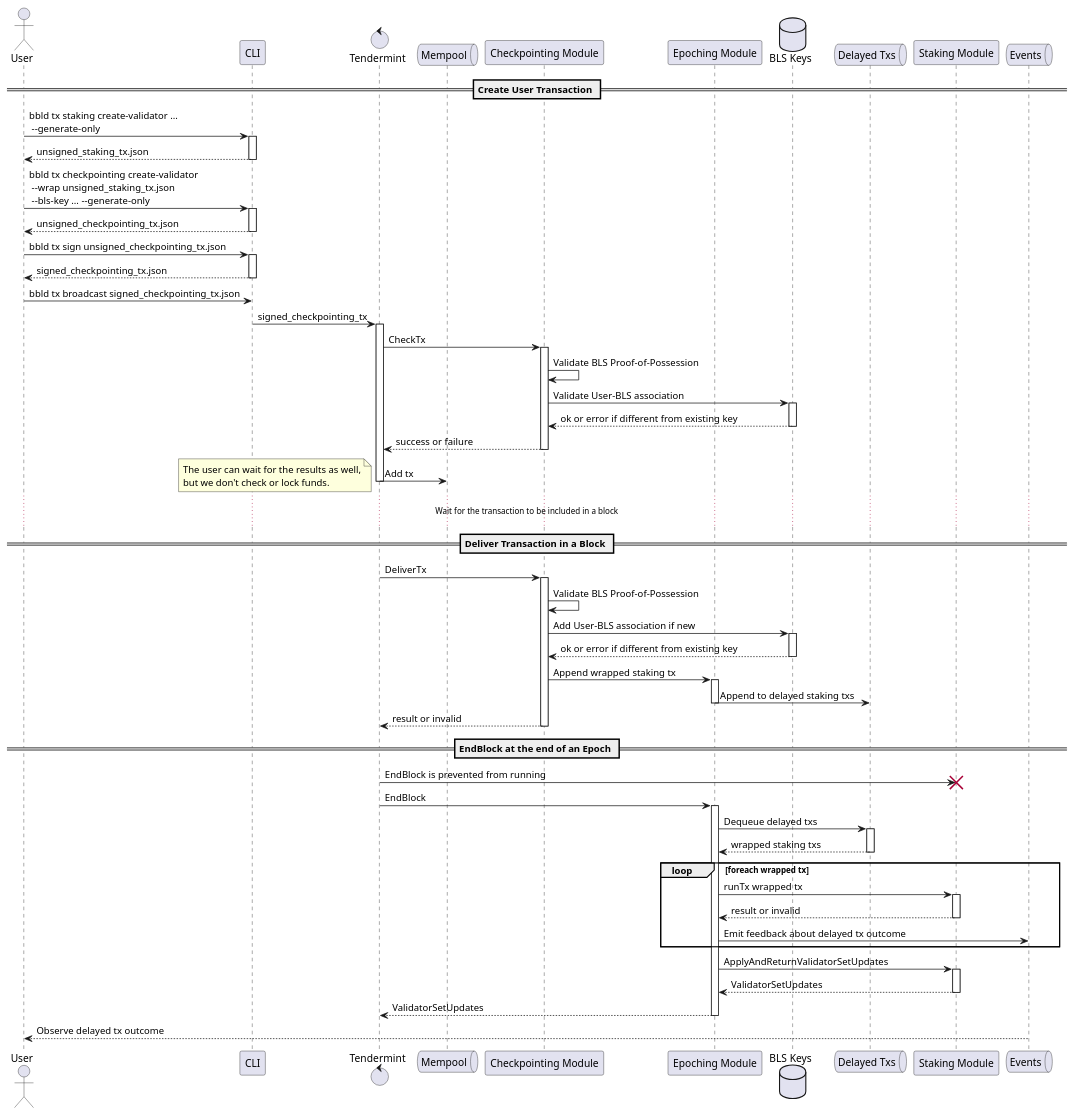
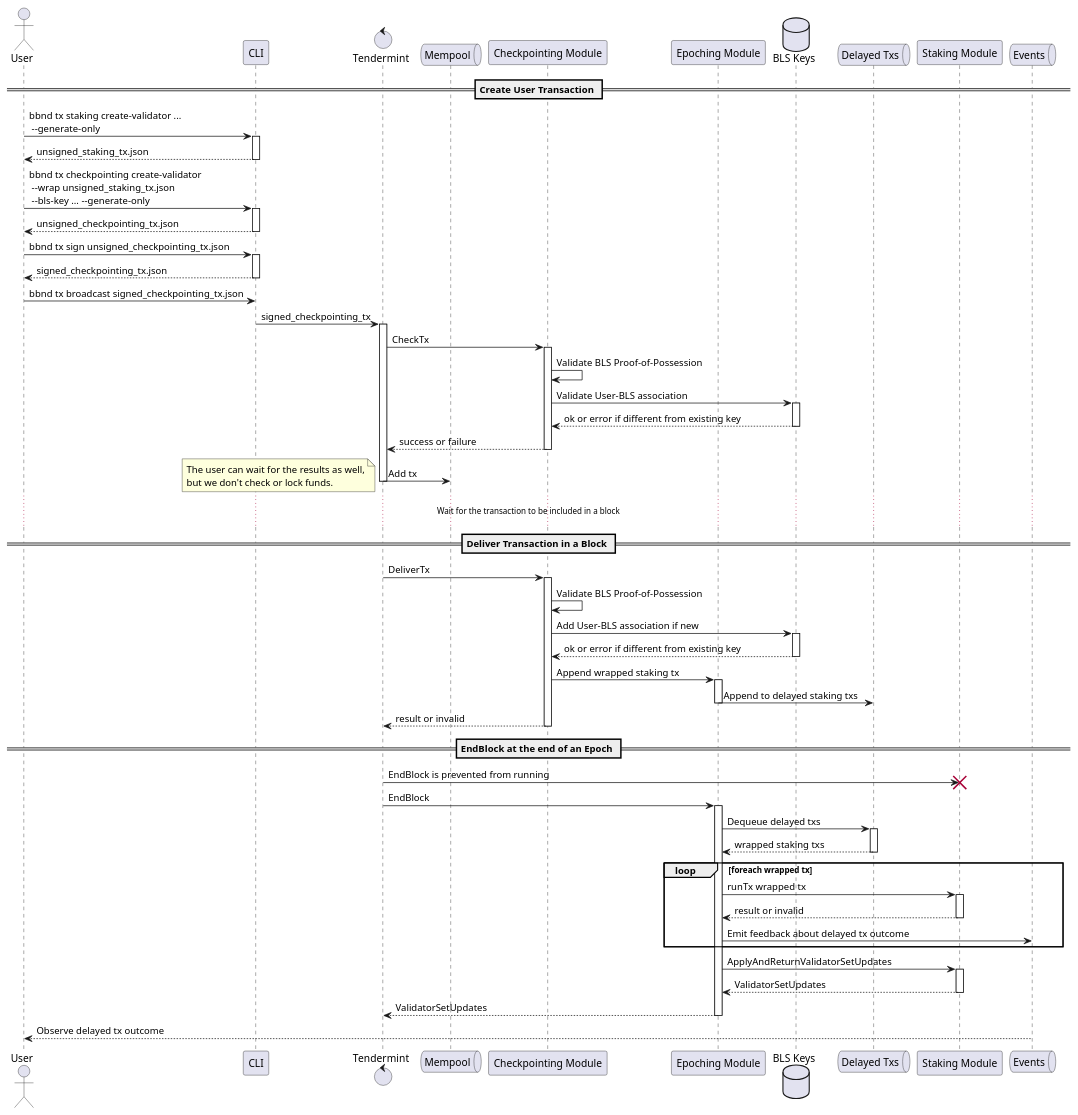
Before and after one commit to babylonchain/babylon: the diagram in docs/diagrams/validator_registration.puml, drawn with PlantUML. The commit also changed 22 other files, not shown here.

```diff
--- a/docs/diagrams/validator_registration.puml
+++ b/docs/diagrams/validator_registration.puml
@@ -1,66 +1,66 @@
 @startuml Validator Registration
 actor       User
 participant CLI
 control     Tendermint
 queue       Mempool
 participant "Checkpointing Module" as checkpointing
 participant "Epoching Module" as epoching
 database    "BLS Keys"        as blskeys
 queue       "Delayed Txs"     as delayedtxs
 participant "Staking Module"  as staking
 queue       Events
 
 == Create User Transaction ==
 
-User -> CLI ++ : bbld tx staking create-validator ... \n --generate-only
+User -> CLI ++ : bbnd tx staking create-validator ... \n --generate-only
 return unsigned_staking_tx.json
-User -> CLI ++ : bbld tx checkpointing create-validator \n ~--wrap unsigned_staking_tx.json \n ~--bls-key ... --generate-only
+User -> CLI ++ : bbnd tx checkpointing create-validator \n ~--wrap unsigned_staking_tx.json \n ~--bls-key ... --generate-only
 return unsigned_checkpointing_tx.json
-User -> CLI ++ : bbld tx sign unsigned_checkpointing_tx.json
+User -> CLI ++ : bbnd tx sign unsigned_checkpointing_tx.json
 return signed_checkpointing_tx.json
-User -> CLI : bbld tx broadcast signed_checkpointing_tx.json
+User -> CLI : bbnd tx broadcast signed_checkpointing_tx.json
 
 CLI -> Tendermint ++ : signed_checkpointing_tx
 Tendermint -> checkpointing ++ : CheckTx
 checkpointing -> checkpointing : Validate BLS Proof-of-Possession
 checkpointing -> blskeys ++ : Validate User-BLS association
 return ok or error if different from existing key
 return success or failure
 Tendermint -> Mempool : Add tx
 deactivate Tendermint
 note left
   The user can wait for the results as well,
   but we don't check or lock funds.
 end note
 
 ... Wait for the transaction to be included in a block ...
 
 == Deliver Transaction in a Block ==
 
 Tendermint -> checkpointing ++ : DeliverTx
 checkpointing -> checkpointing : Validate BLS Proof-of-Possession
 checkpointing -> blskeys ++ : Add User-BLS association if new
 return ok or error if different from existing key
 checkpointing -> epoching ++ : Append wrapped staking tx
 epoching -> delayedtxs -- : Append to delayed staking txs
 
 return result or invalid
 
 == EndBlock at the end of an Epoch ==
 
 Tendermint -> staking !! : EndBlock is prevented from running
 Tendermint -> epoching ++ : EndBlock
 epoching -> delayedtxs ++ : Dequeue delayed txs
 return wrapped staking txs
 loop foreach wrapped tx
   epoching -> staking ++ : runTx wrapped tx
   return result or invalid
   epoching -> Events : Emit feedback about delayed tx outcome
 end
 epoching -> staking ++ : ApplyAndReturnValidatorSetUpdates
 return ValidatorSetUpdates
 return ValidatorSetUpdates
 
 Events --> User : Observe delayed tx outcome
 
 @enduml
```
